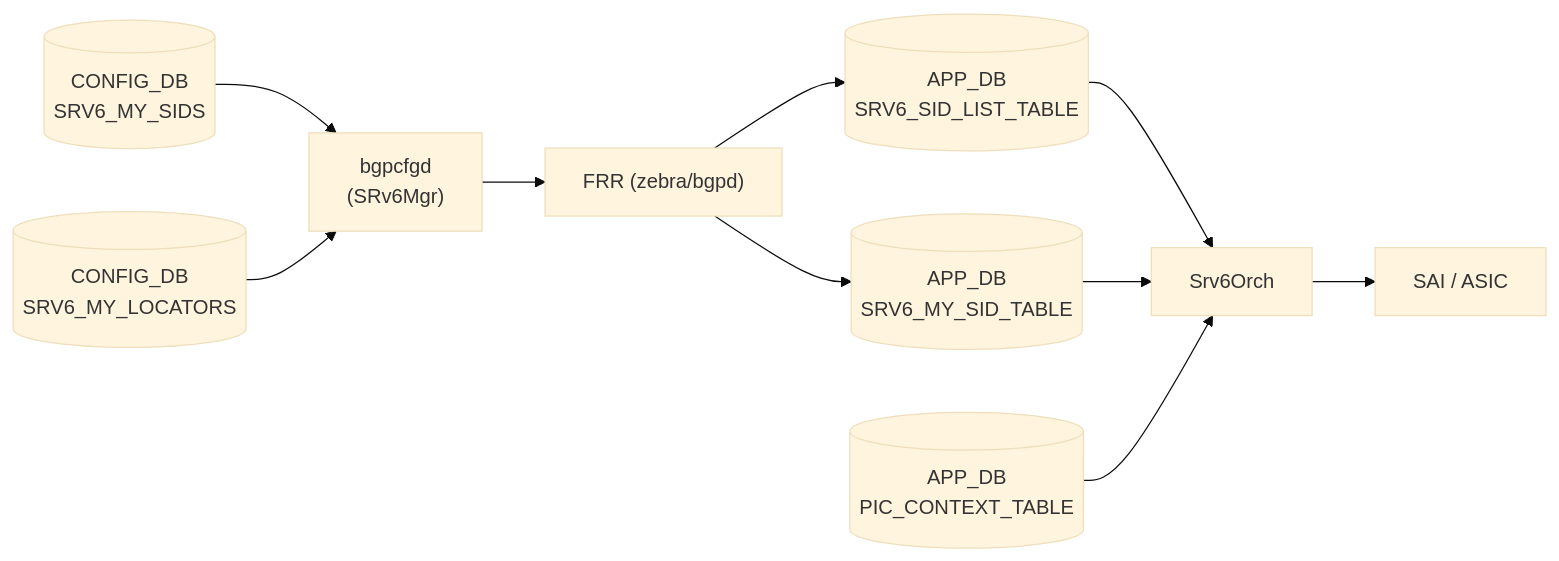
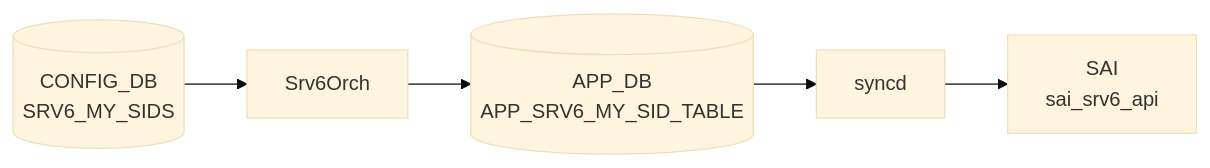
The diagram in docs/reference/config-db/srv6-orch.md (aoki-taquan/sonic-unofficial-docs), drawn with Mermaid (base theme) before and after one commit. The commit also changed other lines of this file and 359 other files, not shown here.

````diff
--- a/docs/reference/config-db/srv6-orch.md
+++ b/docs/reference/config-db/srv6-orch.md
@@ -46,20 +46,12 @@
 ```mermaid
 flowchart LR
-  CDB1[("CONFIG_DB<br/>SRV6_MY_SIDS")]
-  CDB2[("CONFIG_DB<br/>SRV6_MY_LOCATORS")]
-  BGP["bgpcfgd<br/>(SRv6Mgr)"]
-  FRR["FRR (zebra/bgpd)"]
-  APP1[("APP_DB<br/>SRV6_SID_LIST_TABLE")]
-  APP2[("APP_DB<br/>SRV6_MY_SID_TABLE")]
-  APP3[("APP_DB<br/>PIC_CONTEXT_TABLE")]
-  ORCH["Srv6Orch"]
-  SAI["SAI / ASIC"]
-  CDB1 --> BGP --> FRR
-  CDB2 --> BGP
-  FRR --> APP1
-  FRR --> APP2
-  APP1 --> ORCH
-  APP2 --> ORCH
-  APP3 --> ORCH
-  ORCH --> SAI
+  CDB[("CONFIG_DB<br/>SRV6_MY_SIDS")]
+  DM["Srv6Orch"]
+  CDB --> DM
+  APPDB[("APP_DB<br/>APP_SRV6_MY_SID_TABLE")]
+  DM --> APPDB
+  SYNCD["syncd"]
+  APPDB --> SYNCD
+  SAI["SAI<br/>sai_srv6_api"]
+  SYNCD --> SAI
 ```
````
